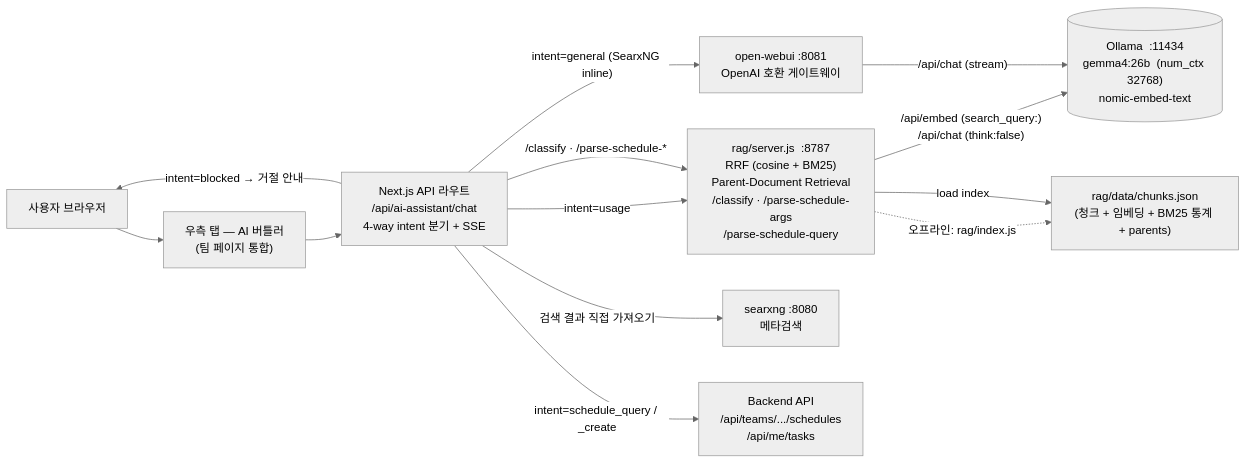
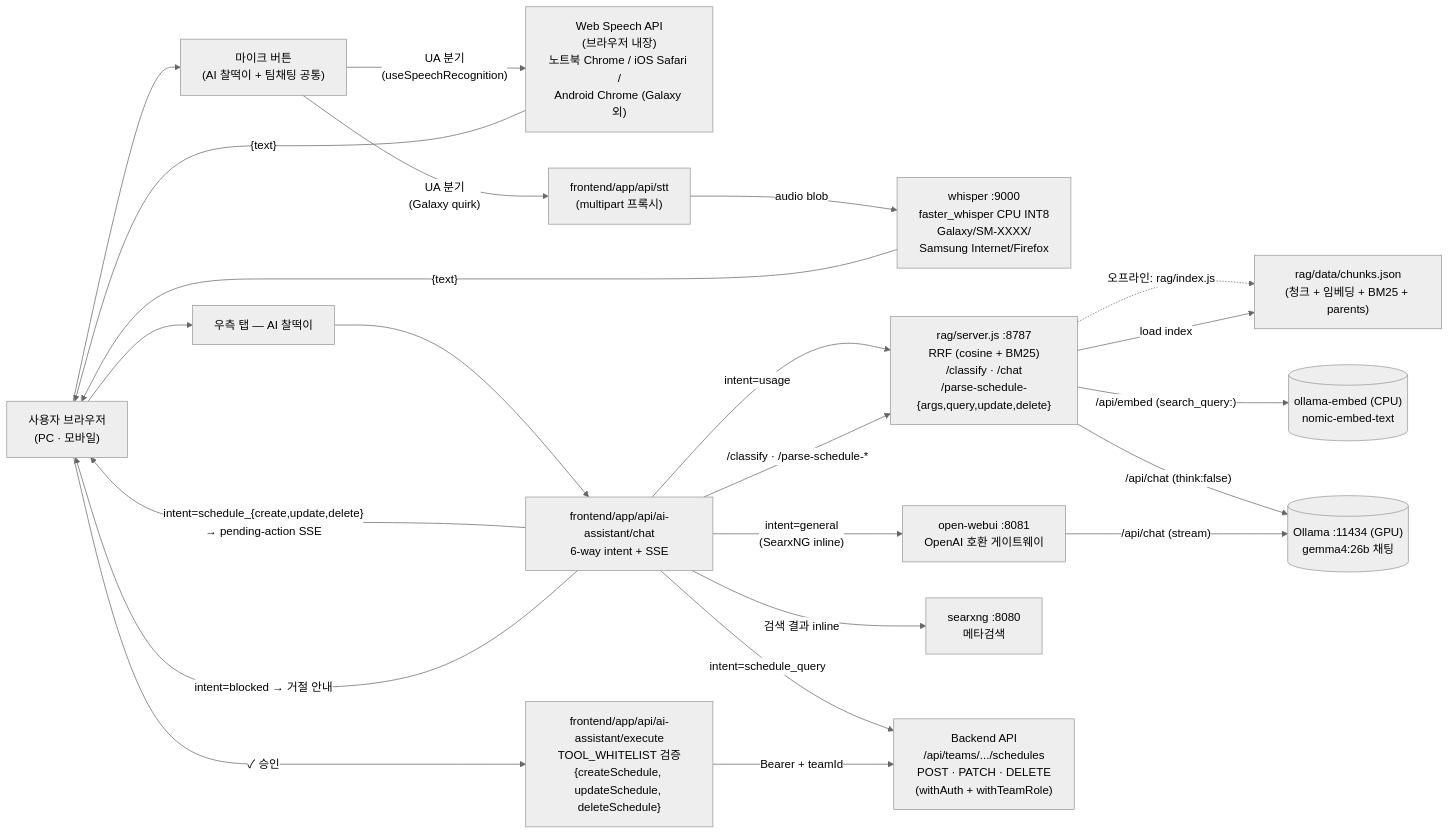
Before and after one commit to kreon720-ctrl/team-works: the seventh of 7 diagrams in docs/5-tech-arch-diagram.md, drawn with Mermaid (neutral theme). The commit also changed other lines of this file and 8 other files, not shown here.

````diff
--- a/docs/5-tech-arch-diagram.md
+++ b/docs/5-tech-arch-diagram.md
@@ -283,24 +289,40 @@
 ```mermaid
 flowchart LR
-    User["사용자 브라우저"]
-    Tab["우측 탭 — AI 버틀러\n(팀 페이지 통합)"]
-    Proxy["Next.js API 라우트\n/api/ai-assistant/chat\n4-way intent 분기 + SSE"]
-    RAG["rag/server.js  :8787\nRRF (cosine + BM25)\nParent-Document Retrieval\n/classify · /parse-schedule-args\n/parse-schedule-query"]
-    OpenWebUI["open-webui  :8081\nOpenAI 호환 게이트웨이"]
-    SearxNG["searxng  :8080\n메타검색"]
-    Backend["Backend API\n/api/teams/.../schedules\n/api/me/tasks"]
-    Ollama[("Ollama  :11434\ngemma4:26b  (num_ctx 32768)\nnomic-embed-text")]
-    Chunks["rag/data/chunks.json\n(청크 + 임베딩 + BM25 통계 + parents)"]
+    User["사용자 브라우저\n(PC · 모바일)"]
+    Mic["마이크 버튼\n(AI 찰떡이 + 팀채팅 공통)"]
+    WebSpeech["Web Speech API\n(브라우저 내장)\n노트북 Chrome / iOS Safari /\nAndroid Chrome (Galaxy 외)"]
+    Whisper["whisper :9000\nfaster_whisper CPU INT8\nGalaxy/SM-XXXX/\nSamsung Internet/Firefox"]
+    SttRoute["frontend/app/api/stt\n(multipart 프록시)"]
+    Tab["우측 탭 — AI 찰떡이"]
+    Proxy["frontend/app/api/ai-assistant/chat\n6-way intent + SSE"]
+    RAG["rag/server.js :8787\nRRF (cosine + BM25)\n/classify · /chat\n/parse-schedule-{args,query,update,delete}"]
+    OpenWebUI["open-webui :8081\nOpenAI 호환 게이트웨이"]
+    SearxNG["searxng :8080\n메타검색"]
+    Exec["frontend/app/api/ai-assistant/execute\nTOOL_WHITELIST 검증\n{createSchedule, updateSchedule, deleteSchedule}"]
+    Backend["Backend API\n/api/teams/.../schedules\nPOST · PATCH · DELETE\n(withAuth + withTeamRole)"]
+    Ollama[("Ollama :11434 (GPU)\ngemma4:26b 채팅")]
+    OllamaEmbed[("ollama-embed (CPU)\nnomic-embed-text")]
+    Chunks["rag/data/chunks.json\n(청크 + 임베딩 + BM25 + parents)"]
 
+    User --> Mic
+    Mic -- "UA 분기\n(useSpeechRecognition)" --> WebSpeech
+    Mic -- "UA 분기\n(Galaxy quirk)" --> SttRoute
+    SttRoute -- "audio blob" --> Whisper
+    Whisper -- "{text}" --> User
+    WebSpeech -- "{text}" --> User
     User --> Tab --> Proxy
     Proxy -- "intent=usage" --> RAG
-    Proxy -- "intent=general (SearxNG inline)" --> OpenWebUI
-    Proxy -- "intent=schedule_query / _create" --> Backend
+    Proxy -- "intent=general\n(SearxNG inline)" --> OpenWebUI
+    Proxy -- "intent=schedule_query" --> Backend
+    Proxy -- "intent=schedule_{create,update,delete}\n→ pending-action SSE" --> User
+    User -- "✓ 승인" --> Exec
+    Exec -- "Bearer + teamId" --> Backend
     Proxy -- "intent=blocked → 거절 안내" --> User
     Proxy -- "/classify · /parse-schedule-*" --> RAG
-    Proxy -- "검색 결과 직접 가져오기" --> SearxNG
-    RAG -- "/api/embed (search_query:)\n/api/chat (think:false)" --> Ollama
+    Proxy -- "검색 결과 inline" --> SearxNG
+    RAG -- "/api/embed (search_query:)" --> OllamaEmbed
+    RAG -- "/api/chat (think:false)" --> Ollama
     OpenWebUI -- "/api/chat (stream)" --> Ollama
     RAG -. "오프라인: rag/index.js" .-> Chunks
     RAG -- "load index" --> Chunks
 ```
````
